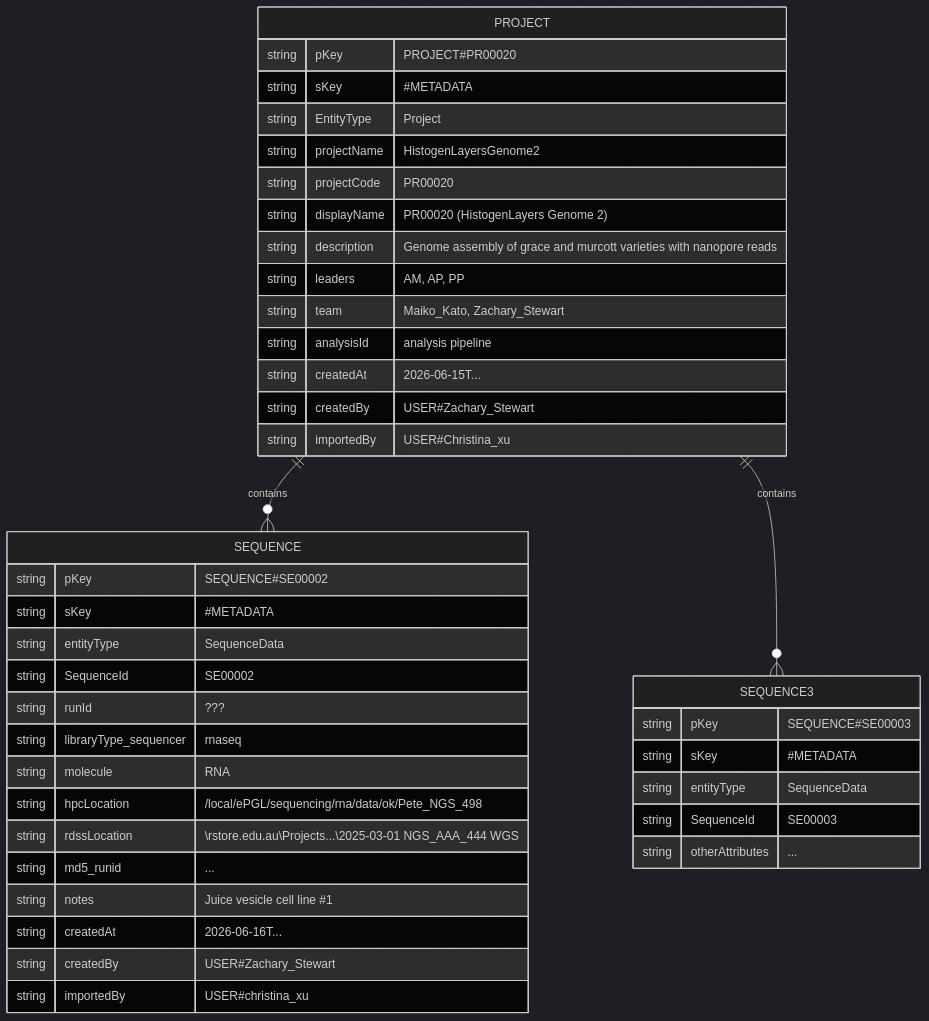
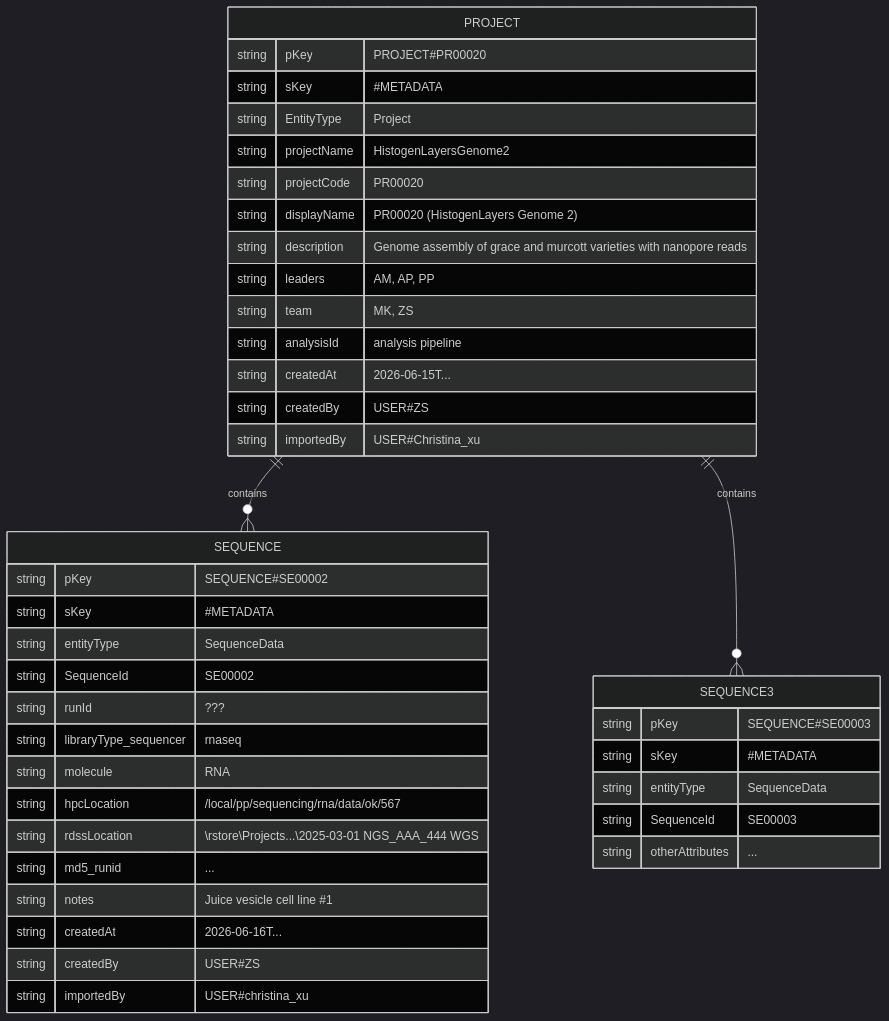
One commit to prentis-lab/SampleDashbord changed the diagram in DB/project.md. Above: the diagram before and after it, drawn with Mermaid (dark theme). The commit also changed other lines of this file and 2 other files, not shown here.

````diff
--- a/DB/project.md
+++ b/DB/project.md
@@ -34,46 +34,46 @@
 ```mermaid
 erDiagram
     PROJECT ||--o{ SEQUENCE : "contains"
     PROJECT ||--o{ SEQUENCE3 : "contains"
 
     PROJECT {
         string pKey "PROJECT#PR00020"
         string sKey "#METADATA"
         string EntityType "Project"
         string projectName "HistogenLayersGenome2"
         string projectCode "PR00020"
         string displayName "PR00020 (HistogenLayers Genome 2)"
         string description "Genome assembly of grace and murcott varieties with nanopore reads"
         string leaders "AM, AP, PP"
-        string team "Maiko_Kato, Zachary_Stewart"
+        string team "MK, ZS"
         string analysisId "analysis pipeline"
         string createdAt "2026-06-15T..."
-        string createdBy "USER#Zachary_Stewart"
+        string createdBy "USER#ZS"
         string importedBy "USER#Christina_xu"
     }
 
     SEQUENCE {
         string pKey "SEQUENCE#SE00002"
         string sKey "#METADATA"
         string entityType "SequenceData"
         string SequenceId "SE00002"
         string runId "???"
         string libraryType_sequencer "rnaseq"
         string molecule "RNA"
-        string hpcLocation "/local/ePGL/sequencing/rna/data/ok/Pete_NGS_498"
-        string rdssLocation "\\rstore.edu.au\Projects\...\2025-03-01 NGS_AAA_444 WGS"
+        string hpcLocation "/local/pp/sequencing/rna/data/ok/567"
+        string rdssLocation "\\rstore\Projects\...\2025-03-01 NGS_AAA_444 WGS"
         string md5_runid "..."
         string notes "Juice vesicle cell line #1"
         string createdAt "2026-06-16T..."
-        string createdBy "USER#Zachary_Stewart"
+        string createdBy "USER#ZS"
         string importedBy "USER#christina_xu"
     }
 
     SEQUENCE3 {
         string pKey "SEQUENCE#SE00003"
         string sKey "#METADATA"
         string entityType "SequenceData"
         string SequenceId "SE00003"
         string otherAttributes "..."
     }
 ```
````
